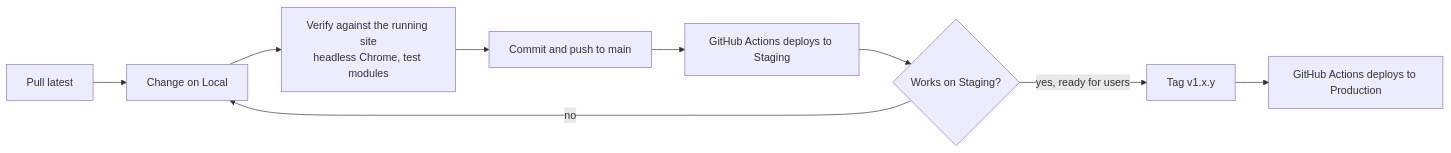
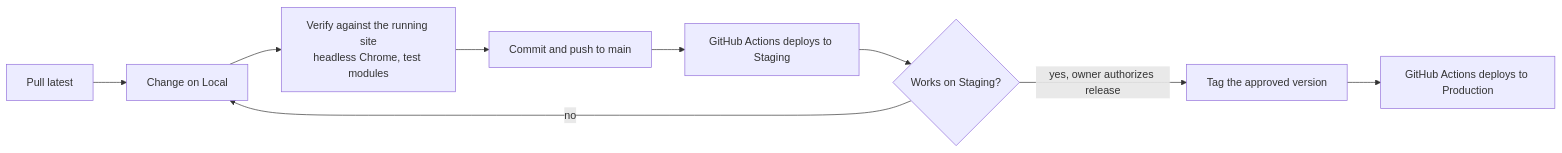
Before and after one commit to Sebasty28/papel-research-archving-system: the sixth of 8 diagrams in docs/PAPEL_System_Overview.md, drawn with Mermaid. The commit also changed other lines of this file and 2 other files, not shown here.

Commit message:
Align release guidance with nine-iteration version scheme

````diff
--- a/docs/PAPEL_System_Overview.md
+++ b/docs/PAPEL_System_Overview.md
@@ -540,11 +374,11 @@
 ```mermaid
 flowchart LR
     A[Pull latest] --> B[Change on Local]
     B --> C[Verify against the running site<br/>headless Chrome, test modules]
     C --> D[Commit and push to main]
     D --> E[GitHub Actions deploys to Staging]
     E --> F{Works on Staging?}
     F -- no --> B
-    F -- yes, ready for users --> G[Tag v1.x.y]
+    F -- yes, owner authorizes release --> G[Tag the approved version]
     G --> H[GitHub Actions deploys to Production]
 ```
````
